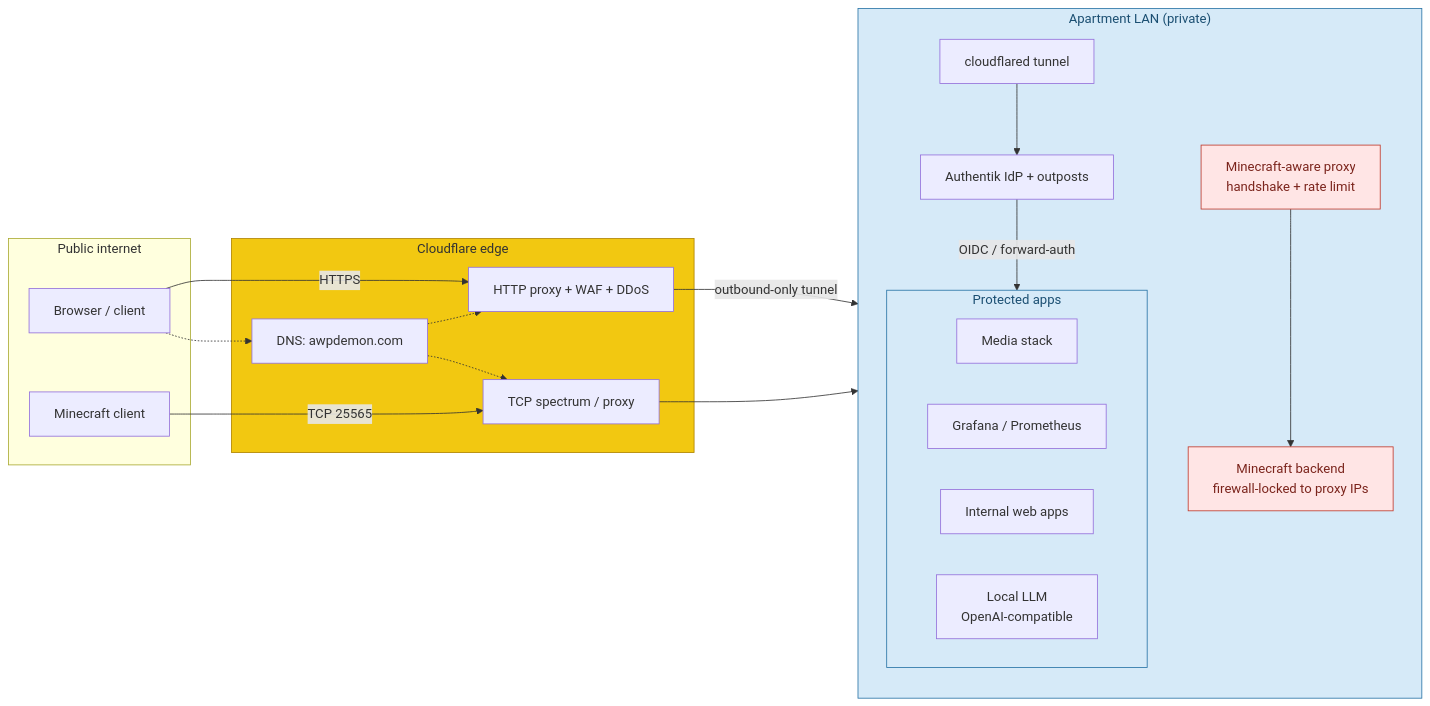
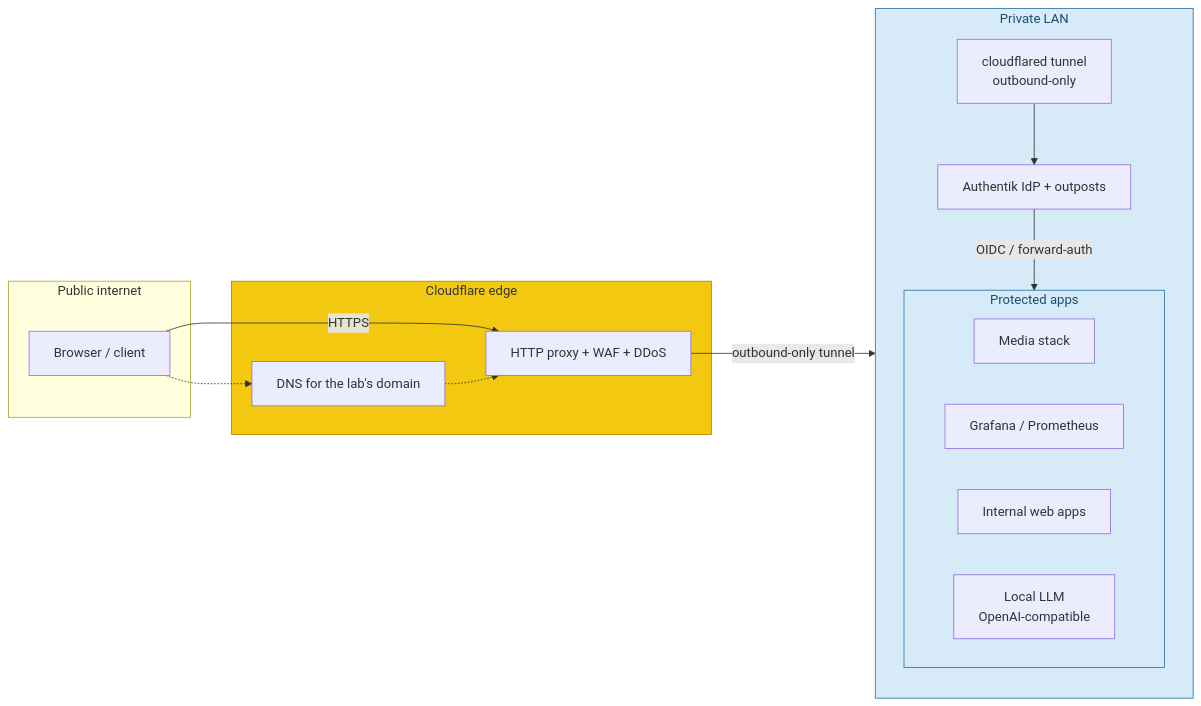
The diagram in diagrams/architecture.mermaid (AwpDemon/homelab), drawn with Mermaid before and after one commit. The commit also changed 6 other files, not shown here.

```diff
--- a/diagrams/architecture.mermaid
+++ b/diagrams/architecture.mermaid
@@ -1,51 +1,38 @@
 %% Homelab edge & internal service topology
 %% Everything left of the tunnel sits in Cloudflare's network; everything
-%% right of it is my apartment LAN. The host box itself is omitted for clarity.
+%% right of it is a private LAN. The host box itself is omitted for clarity.
 
 flowchart LR
     subgraph Internet["Public internet"]
         USER[Browser / client]
-        MC[Minecraft client]
     end
 
     subgraph CF["Cloudflare edge"]
         PROXY[HTTP proxy + WAF + DDoS]
-        SPECTRUM[TCP spectrum / proxy]
-        DNS[DNS: awpdemon.com]
+        DNS[DNS for the lab's domain]
     end
 
-    subgraph Lab["Apartment LAN (private)"]
+    subgraph Lab["Private LAN"]
         direction TB
-        TUNNEL[cloudflared tunnel]
+        TUNNEL[cloudflared tunnel<br/>outbound-only]
         AUTH[Authentik IdP + outposts]
 
         subgraph Apps["Protected apps"]
             MEDIA[Media stack]
             MONITOR[Grafana / Prometheus]
             INTERNAL[Internal web apps]
             LLM[Local LLM<br/>OpenAI-compatible]
         end
-
-        MCPROXY[Minecraft-aware proxy<br/>handshake + rate limit]
-        MCBACKEND[Minecraft backend<br/>firewall-locked to proxy IPs]
     end
 
     USER -->|HTTPS| PROXY
     PROXY -->|outbound-only tunnel| TUNNEL
     TUNNEL --> AUTH
     AUTH -->|OIDC / forward-auth| Apps
-
-    MC -->|TCP 25565| SPECTRUM
-    SPECTRUM --> MCPROXY
-    MCPROXY --> MCBACKEND
-
     USER -.-> DNS
     DNS -.-> PROXY
-    DNS -.-> SPECTRUM
 
     classDef edge fill:#f2c811,stroke:#b08400,color:#333
     classDef private fill:#d6eaf8,stroke:#2874a6,color:#1b4f72
-    classDef mc fill:#ffe5e5,stroke:#c0392b,color:#7b241c
     class CF edge
     class Lab,Apps private
-    class MCPROXY,MCBACKEND mc
```
